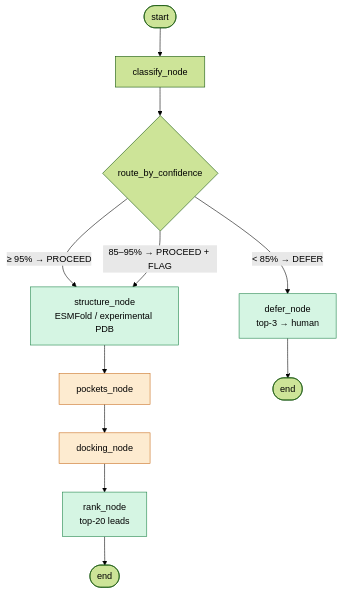
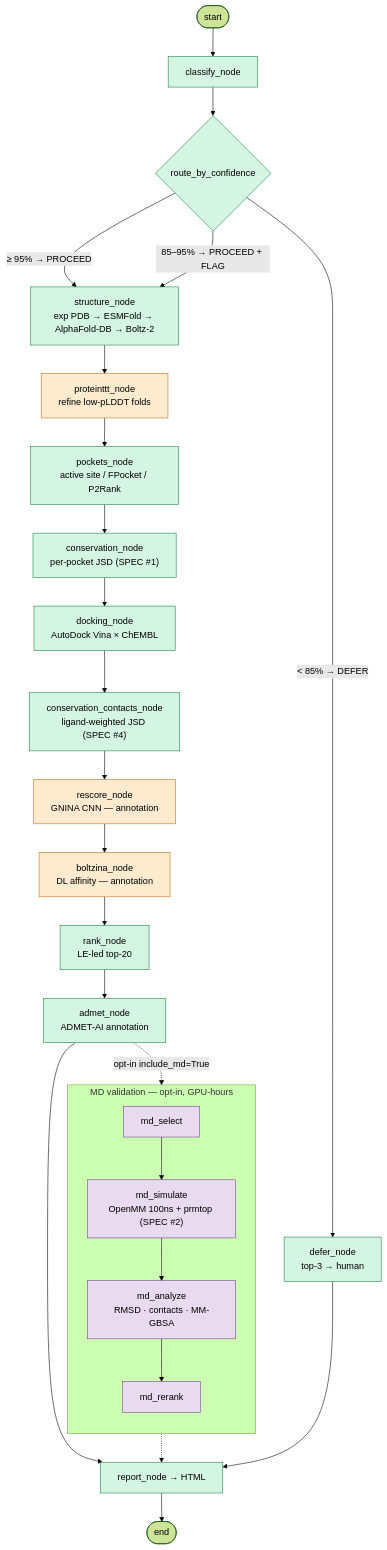
The third of 4 diagrams in ARCHITECTURE.md (aakashverma3451-genes/vta-agent), drawn with Mermaid (forest theme) before and after one commit. The commit also changed other lines of this file, not shown here.

First line of the commit message:
docs(architecture): SPEC #3 — refresh diagrams to match the real graph

````diff
--- a/ARCHITECTURE.md
+++ b/ARCHITECTURE.md
@@ -432,21 +441,38 @@
 ```mermaid
 flowchart TD
-    START([start]) --> classify[classify_node]
-    classify --> router{route_by_confidence}
+    START([start]) --> classify[classify_node]:::real
+    classify --> router{route_by_confidence}:::real
 
     router -->|"≥ 95% → PROCEED"| structure
     router -->|"85–95% → PROCEED + FLAG"| structure
     router -->|"< 85% → DEFER"| defer
 
-    structure["structure_node<br/>ESMFold / experimental PDB"]:::real
-    structure --> pockets["pockets_node"]:::mock
-    pockets --> dock["docking_node"]:::mock
-    dock --> rank["rank_node<br/>top-20 leads"]:::real
-    rank --> END1([end])
+    structure["structure_node<br/>exp PDB → ESMFold → AlphaFold-DB → Boltz-2"]:::real
+    structure --> proteinttt["proteinttt_node<br/>refine low-pLDDT folds"]:::seam
+    proteinttt --> pockets["pockets_node<br/>active site / FPocket / P2Rank"]:::real
+    pockets --> conservation["conservation_node<br/>per-pocket JSD (SPEC #1)"]:::real
+    conservation --> dock["docking_node<br/>AutoDock Vina × ChEMBL"]:::real
+    dock --> ccontacts["conservation_contacts_node<br/>ligand-weighted JSD (SPEC #4)"]:::real
+    ccontacts --> rescore["rescore_node<br/>GNINA CNN — annotation"]:::seam
+    rescore --> boltzina["boltzina_node<br/>DL affinity — annotation"]:::seam
+    boltzina --> rank["rank_node<br/>LE-led top-20"]:::real
+    rank --> admet["admet_node<br/>ADMET-AI annotation"]:::real
+    admet --> report["report_node → HTML"]:::real
+    admet -.->|"opt-in include_md=True"| md_select
+
+    subgraph MD["MD validation — opt-in, GPU-hours"]
+        direction TB
+        md_select[md_select]:::md --> md_simulate["md_simulate<br/>OpenMM 100ns + prmtop (SPEC #2)"]:::md
+        md_simulate --> md_analyze["md_analyze<br/>RMSD · contacts · MM-GBSA"]:::md
+        md_analyze --> md_rerank[md_rerank]:::md
+    end
+    md_rerank -.-> report
 
     defer["defer_node<br/>top-3 → human"]:::real
-    defer --> END2([end])
+    defer --> report
+    report --> END1([end])
 
     classDef real fill:#d5f5e3,stroke:#1e8449,color:#000;
-    classDef mock fill:#fdebd0,stroke:#ca6f1e,color:#000;
+    classDef seam fill:#fdebd0,stroke:#ca6f1e,color:#000;
+    classDef md fill:#e8daef,stroke:#7d3c98,color:#000;
 ```
````
